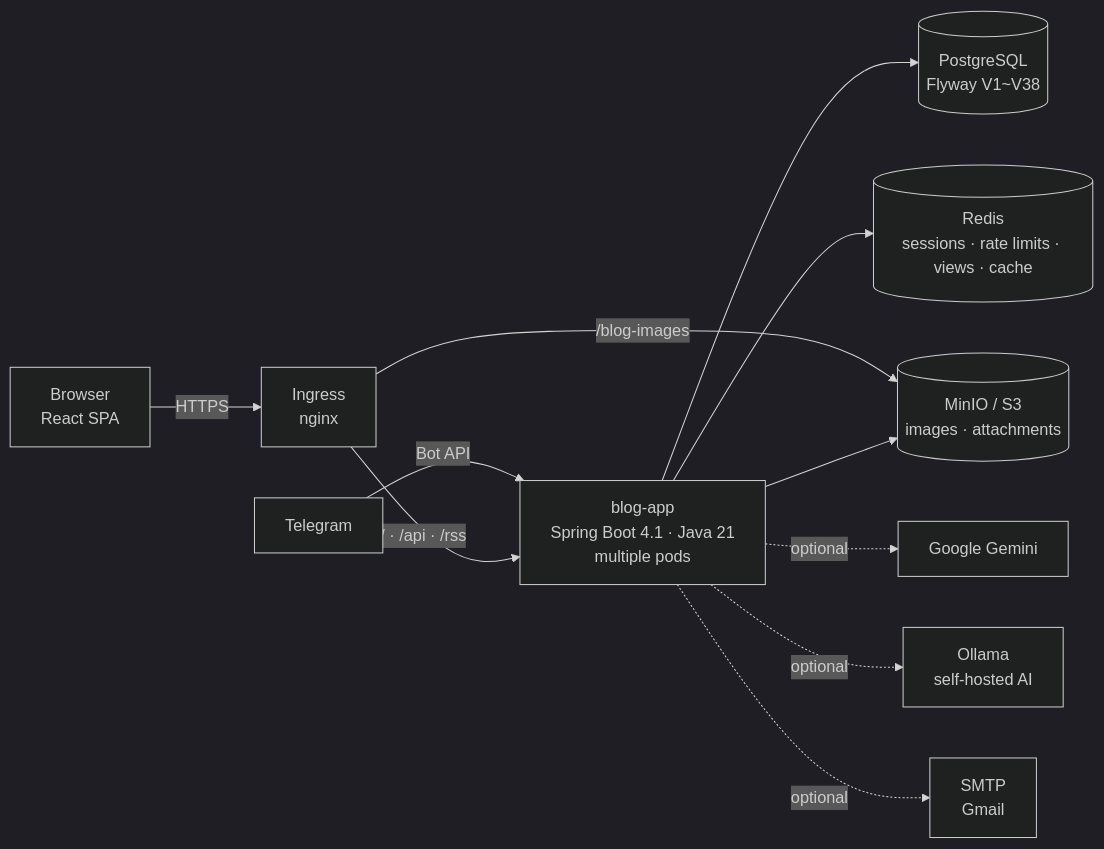
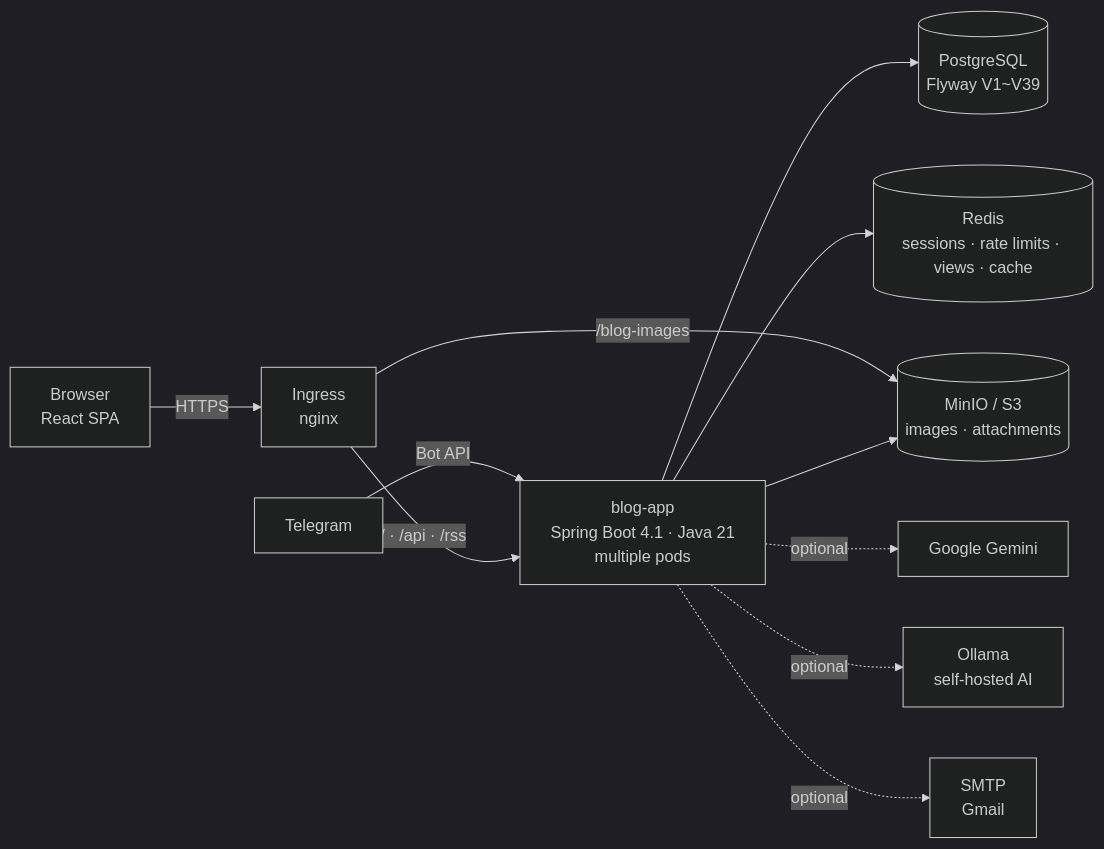
The first of 3 diagrams in README.en.md (AIGJ-01-002-blog/devlog), drawn with Mermaid (dark theme) before and after one commit. The commit also changed other lines of this file and 45 other files, not shown here.

````diff
--- a/README.en.md
+++ b/README.en.md
@@ -151,13 +151,13 @@
 ```mermaid
 flowchart LR
     B[Browser<br/>React SPA] -->|HTTPS| I[Ingress<br/>nginx]
     T[Telegram] -->|Bot API| A
     I -->|/ · /api · /rss| A[blog-app<br/>Spring Boot 4.1 · Java 21<br/>multiple pods]
     I -->|/blog-images| M[(MinIO / S3<br/>images · attachments)]
-    A --> P[(PostgreSQL<br/>Flyway V1~V38)]
+    A --> P[(PostgreSQL<br/>Flyway V1~V39)]
     A --> R[(Redis<br/>sessions · rate limits · views · cache)]
     A --> M
     A -.optional.-> G[Google Gemini]
     A -.optional.-> O[Ollama<br/>self-hosted AI]
     A -.optional.-> S[SMTP<br/>Gmail]
 ```
````
